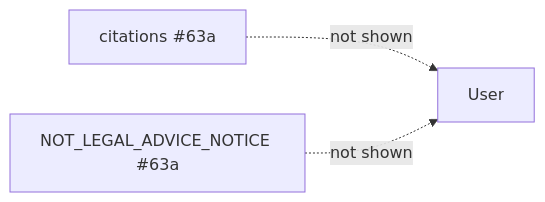
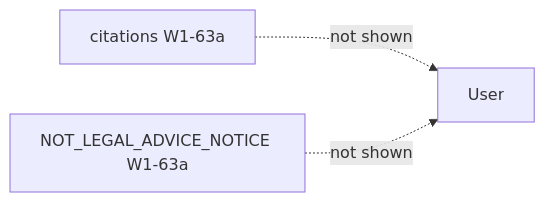
Diagram 11 of 13 in docs/design/wave1-mvp/tickets/search-ocr.md (Stihotvor/law_by_ai), drawn with Mermaid before and after one commit. The commit also changed other lines of this file and 15 other files, not shown here.

````diff
--- a/docs/design/wave1-mvp/tickets/search-ocr.md
+++ b/docs/design/wave1-mvp/tickets/search-ocr.md
@@ -419,5 +419,5 @@
 ```mermaid
 flowchart LR
-  C[citations #63a] -. not shown .-> U[User]
-  N[NOT_LEGAL_ADVICE_NOTICE #63a] -. not shown .-> U
+  C[citations W1-63a] -. not shown .-> U[User]
+  N[NOT_LEGAL_ADVICE_NOTICE W1-63a] -. not shown .-> U
 ```
````
